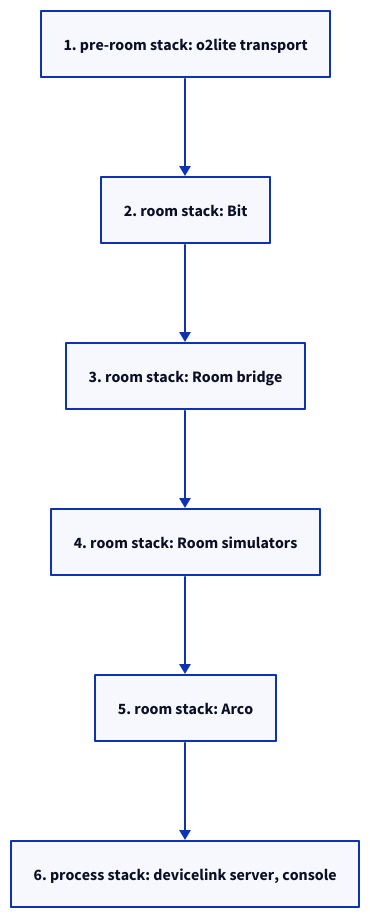
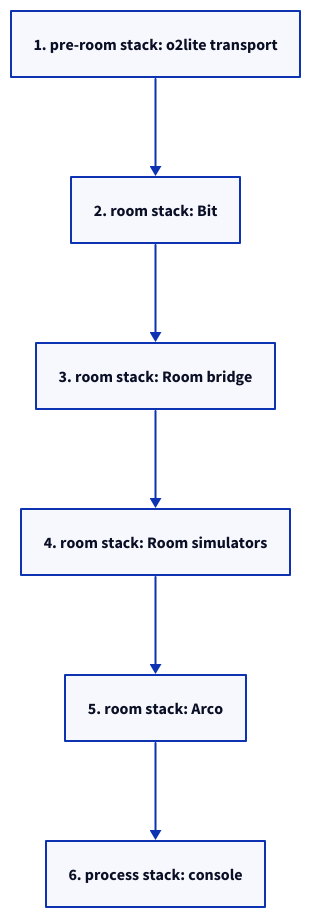
Before and after one commit to Musical-Mycology/mm-terrarium: the diagram in docs/diagrams/boot-teardown.d2, drawn with D2. The commit also changed 9 other files, not shown here.

```diff
--- a/docs/diagrams/boot-teardown.d2
+++ b/docs/diagrams/boot-teardown.d2
@@ -1,9 +1,9 @@
 direction: down
 
 p1: "1. pre-room stack: o2lite transport"
 p2: "2. room stack: Bit"
 p3: "3. room stack: Room bridge"
 p4: "4. room stack: Room simulators"
 p5: "5. room stack: Arco"
-p6: "6. process stack: devicelink server, console"
+p6: "6. process stack: console"
 p1 -> p2 -> p3 -> p4 -> p5 -> p6
```
